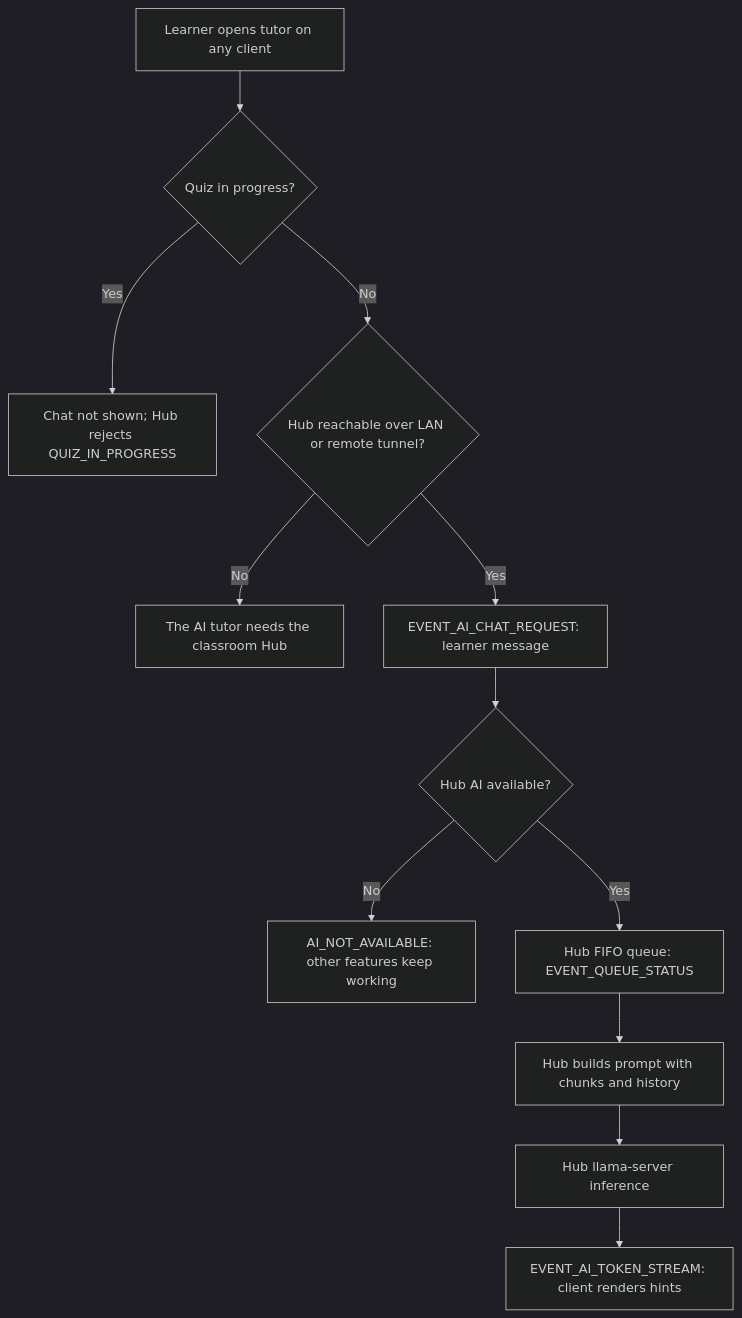
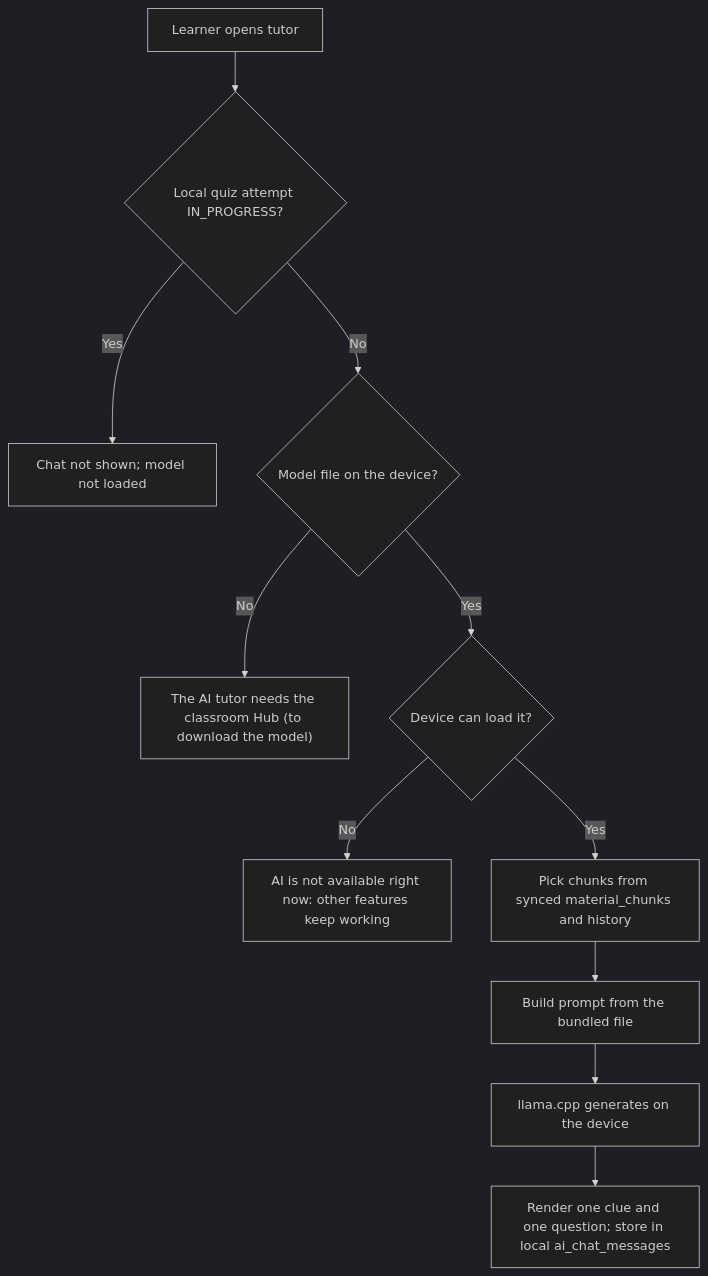
One commit to BootlegYouki/L.A.R.A changed the third of 5 diagrams in docs/PRD.md. Above: the diagram before and after it, drawn with Mermaid (dark theme). The commit also changed other lines of this file and 30 other files, not shown here.

First line of the commit message:
contract: no AI on the Hub, the tutor runs on the device

````diff
--- a/docs/PRD.md
+++ b/docs/PRD.md
@@ -250,14 +254,13 @@
 ```mermaid
 flowchart TD
- Start["Learner opens tutor on any client"] --> Quiz{"Quiz in progress?"}
- Quiz -->|Yes| Locked["Chat not shown; Hub rejects QUIZ_IN_PROGRESS"]
- Quiz -->|No| Reachable{"Hub reachable over LAN or remote tunnel?"}
- Reachable -->|No| Offline["The AI tutor needs the classroom Hub"]
- Reachable -->|Yes| Request["EVENT_AI_CHAT_REQUEST: learner message"]
- Request --> Available{"Hub AI available?"}
- Available -->|No| Unavailable["AI_NOT_AVAILABLE: other features keep working"]
- Available -->|Yes| Queue["Hub FIFO queue: EVENT_QUEUE_STATUS"]
- Queue --> Prompt["Hub builds prompt with chunks and history"]
- Prompt --> Infer["Hub llama-server inference"]
- Infer --> Stream["EVENT_AI_TOKEN_STREAM: client renders hints"]
+ Start["Learner opens tutor"] --> Quiz{"Local quiz attempt IN_PROGRESS?"}
+ Quiz -->|Yes| Locked["Chat not shown; model not loaded"]
+ Quiz -->|No| Model{"Model file on the device?"}
+ Model -->|No| Need["The AI tutor needs the classroom Hub (to download the model)"]
+ Model -->|Yes| Fits{"Device can load it?"}
+ Fits -->|No| Unavailable["AI is not available right now: other features keep working"]
+ Fits -->|Yes| Retrieve["Pick chunks from synced material_chunks and history"]
+ Retrieve --> Prompt["Build prompt from the bundled file"]
+ Prompt --> Infer["llama.cpp generates on the device"]
+ Infer --> Reply["Render one clue and one question; store in local ai_chat_messages"]
 ```
````
